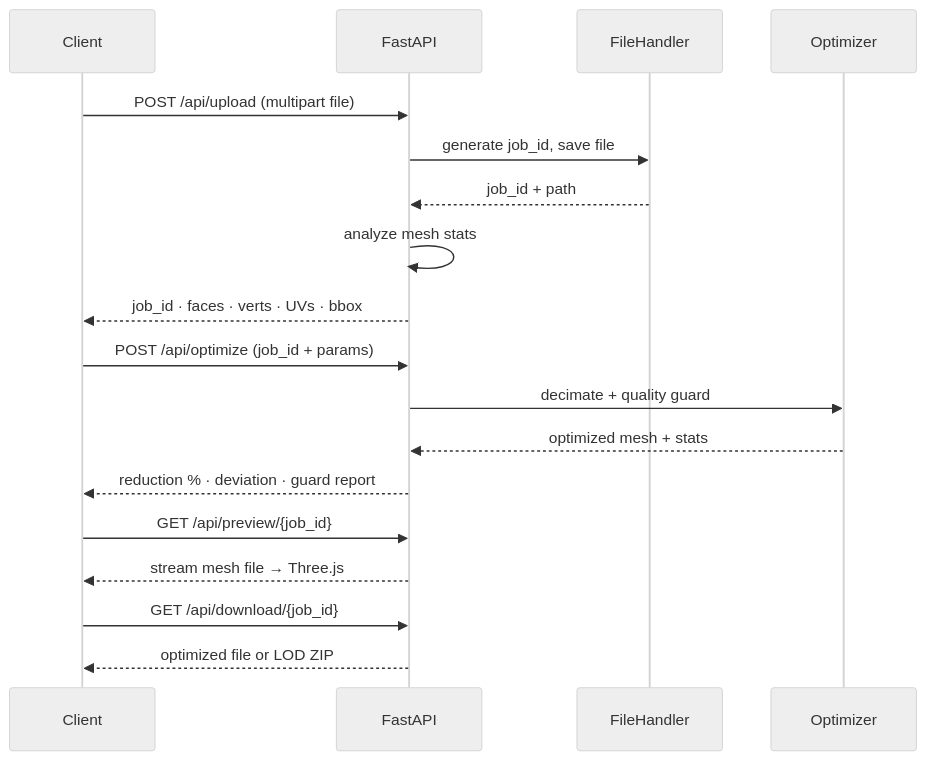
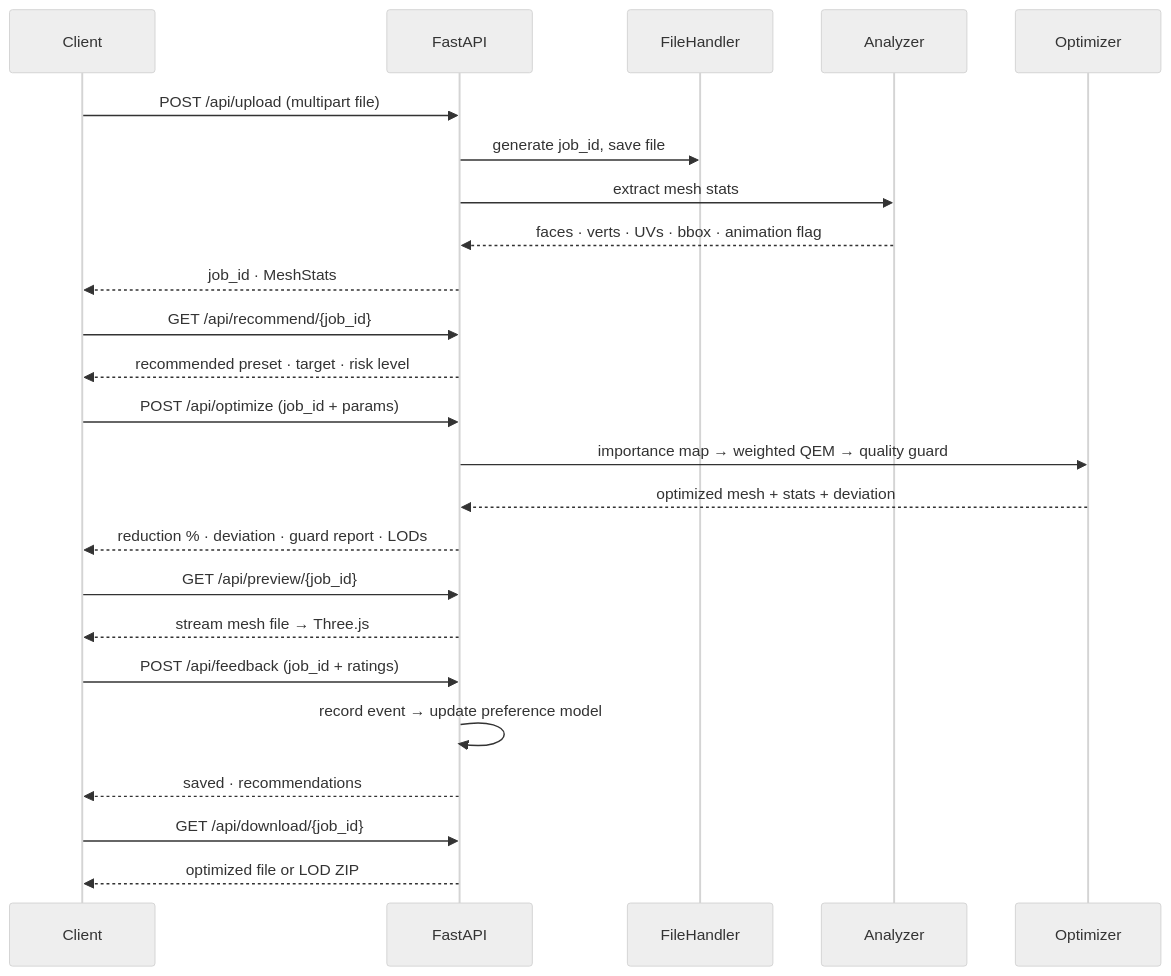
Before and after one commit to anish-9387/Crunch3D: the third of 4 diagrams in README.md, drawn with Mermaid (neutral theme). The commit also changed other lines of this file, not shown here.

````diff
--- a/README.md
+++ b/README.md
@@ -159,24 +210,32 @@
 ```mermaid
 sequenceDiagram
     participant Client
     participant FastAPI
     participant FileHandler
+    participant Analyzer
     participant Optimizer
 
     Client->>FastAPI: POST /api/upload (multipart file)
     FastAPI->>FileHandler: generate job_id, save file
-    FileHandler-->>FastAPI: job_id + path
-    FastAPI->>FastAPI: analyze mesh stats
-    FastAPI-->>Client: job_id · faces · verts · UVs · bbox
+    FastAPI->>Analyzer: extract mesh stats
+    Analyzer-->>FastAPI: faces · verts · UVs · bbox · animation flag
+    FastAPI-->>Client: job_id · MeshStats
+
+    Client->>FastAPI: GET /api/recommend/{job_id}
+    FastAPI-->>Client: recommended preset · target · risk level
 
     Client->>FastAPI: POST /api/optimize (job_id + params)
-    FastAPI->>Optimizer: decimate + quality guard
-    Optimizer-->>FastAPI: optimized mesh + stats
-    FastAPI-->>Client: reduction % · deviation · guard report
+    FastAPI->>Optimizer: importance map → weighted QEM → quality guard
+    Optimizer-->>FastAPI: optimized mesh + stats + deviation
+    FastAPI-->>Client: reduction % · deviation · guard report · LODs
 
     Client->>FastAPI: GET /api/preview/{job_id}
     FastAPI-->>Client: stream mesh file → Three.js
 
+    Client->>FastAPI: POST /api/feedback (job_id + ratings)
+    FastAPI->>FastAPI: record event → update preference model
+    FastAPI-->>Client: saved · recommendations
+
     Client->>FastAPI: GET /api/download/{job_id}
     FastAPI-->>Client: optimized file or LOD ZIP
 ```
````
